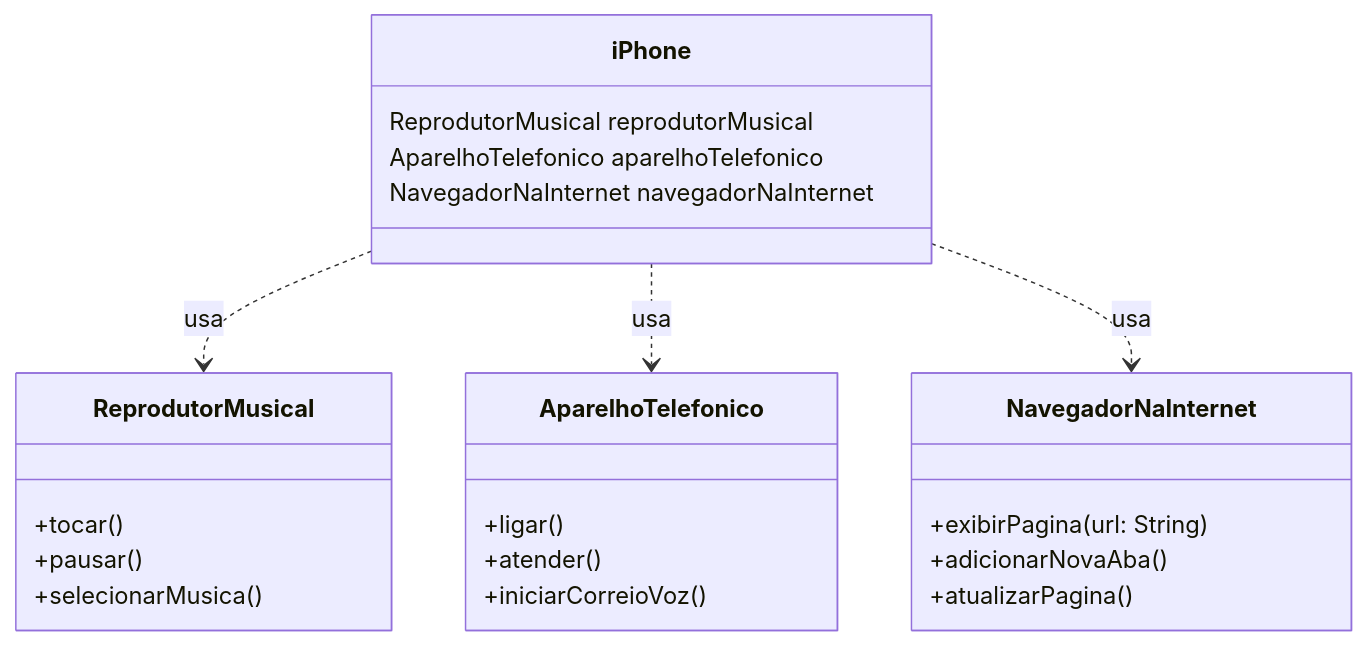
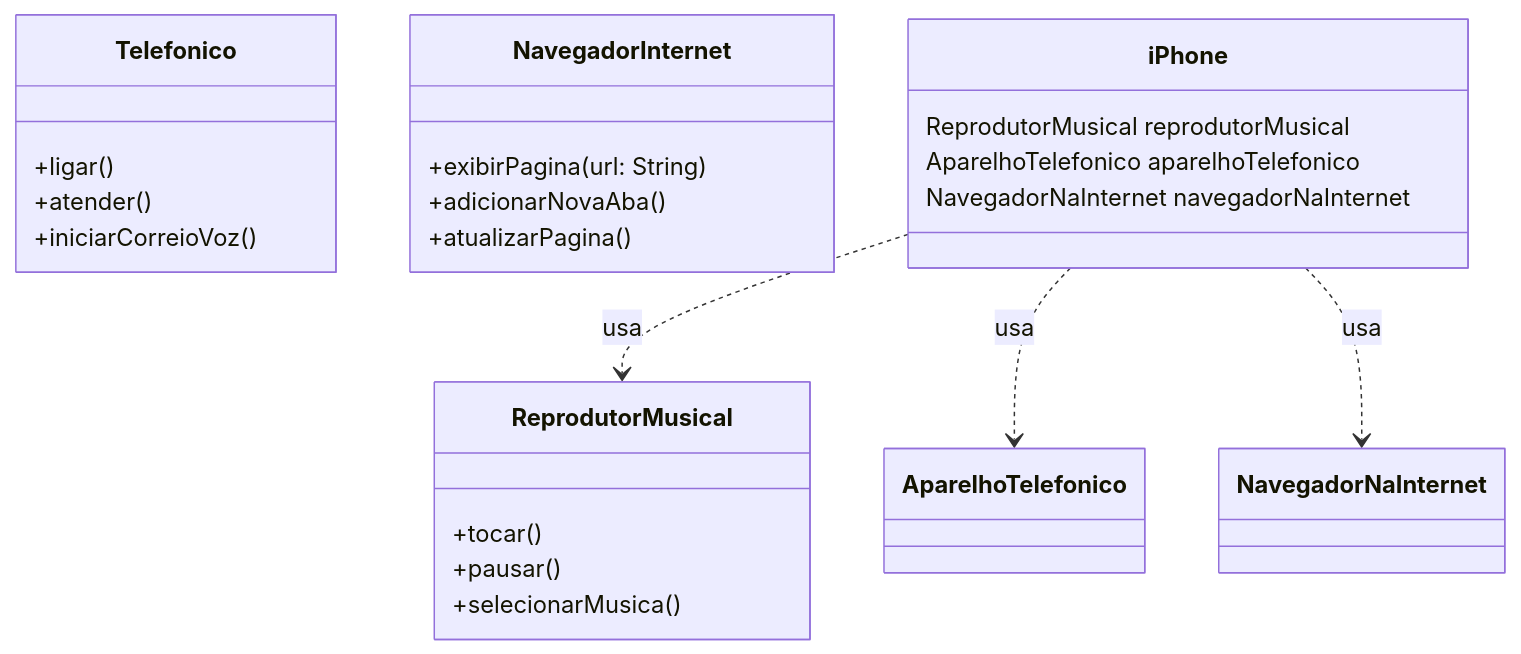
Before and after one commit to Ki3lMigu3l/desafio-UML-iPhone-dio: the diagram in README.md, drawn with Mermaid. The commit also changed other lines of this file, not shown here.

````diff
--- a/README.md
+++ b/README.md
@@ -3,31 +21,31 @@
 ```mermaid
 classDiagram
     class ReprodutorMusical {
         +tocar()
         +pausar()
         +selecionarMusica()
     }
 
-    class AparelhoTelefonico {
+    class Telefonico {
         +ligar()
         +atender()
         +iniciarCorreioVoz()
     }
 
-    class NavegadorNaInternet {
+    class NavegadorInternet {
         +exibirPagina(url: String)
         +adicionarNovaAba()
         +atualizarPagina()
     }
 
     class iPhone {
         ReprodutorMusical reprodutorMusical
         AparelhoTelefonico aparelhoTelefonico
         NavegadorNaInternet navegadorNaInternet
     }
 
     iPhone ..> ReprodutorMusical : usa
     iPhone ..> AparelhoTelefonico : usa
     iPhone ..> NavegadorNaInternet : usa
 
 ```
````
